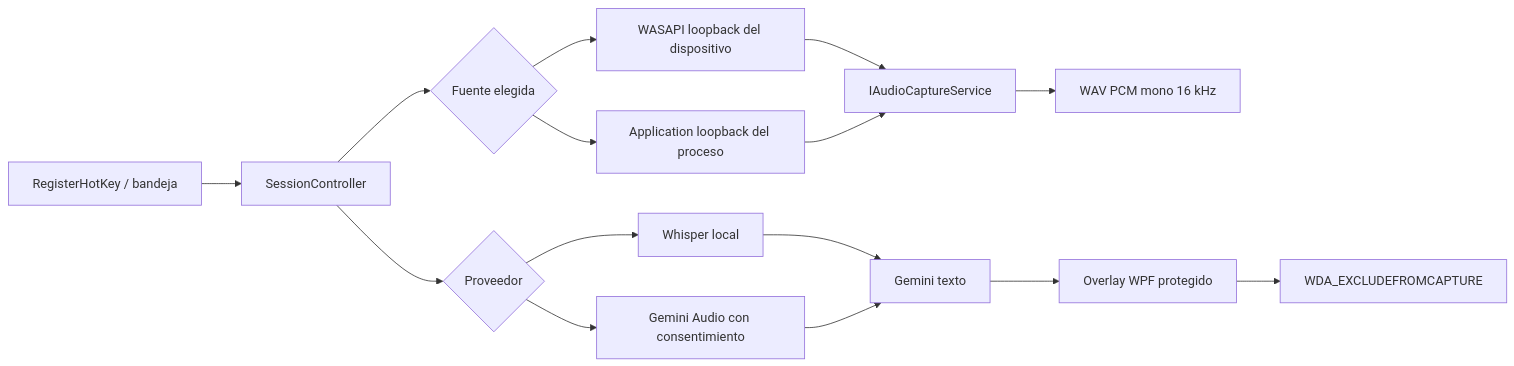
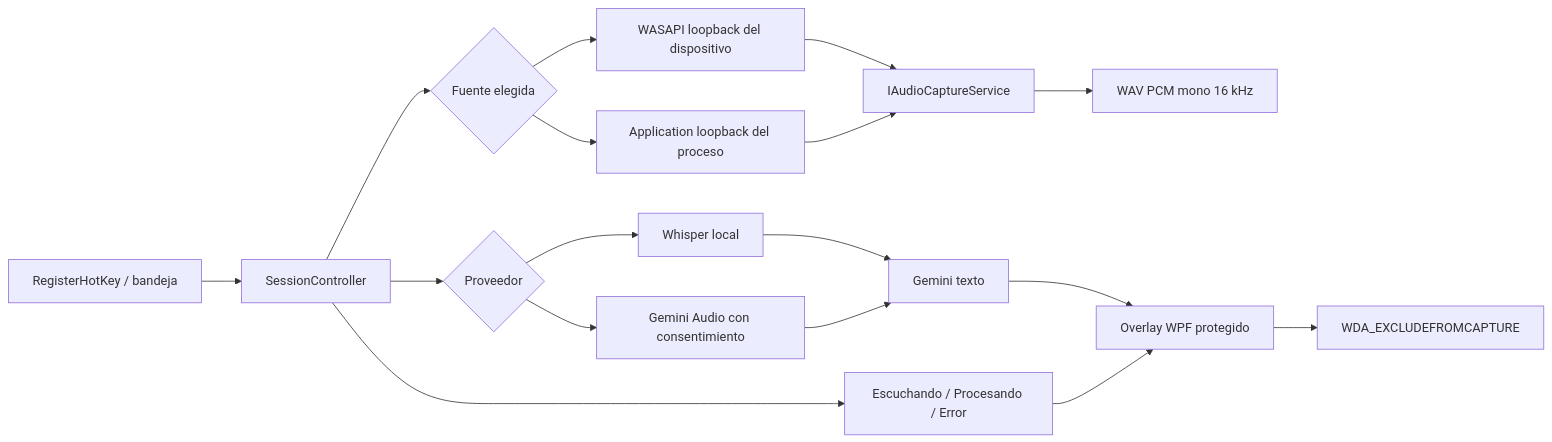
Before and after one commit to ikerperez12/MirrorPowerAI: the diagram in Windows/docs/ARCHITECTURE.md, drawn with Mermaid. The commit also changed other lines of this file and 3 other files, not shown here.

````diff
--- a/Windows/docs/ARCHITECTURE.md
+++ b/Windows/docs/ARCHITECTURE.md
@@ -9,17 +9,19 @@
 ```mermaid
 flowchart LR
     Hotkey["RegisterHotKey / bandeja"] --> Controller["SessionController"]
     Controller --> Scope{"Fuente elegida"}
     Scope --> Device["WASAPI loopback del dispositivo"]
     Scope --> Process["Application loopback del proceso"]
     Device --> Capture["IAudioCaptureService"]
     Process --> Capture
     Capture --> Wav["WAV PCM mono 16 kHz"]
     Controller --> Provider{"Proveedor"}
     Provider --> Whisper["Whisper local"]
     Provider --> Cloud["Gemini Audio con consentimiento"]
     Whisper --> Answer["Gemini texto"]
     Cloud --> Answer
+    Controller --> Status["Escuchando / Procesando / Error"]
     Answer --> Overlay["Overlay WPF protegido"]
+    Status --> Overlay
     Overlay --> Affinity["WDA_EXCLUDEFROMCAPTURE"]
 ```
````
